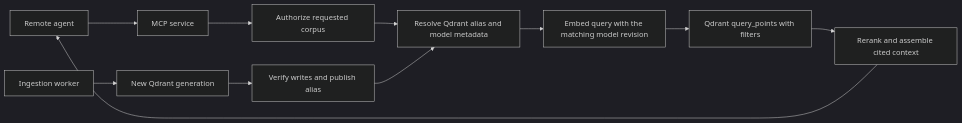
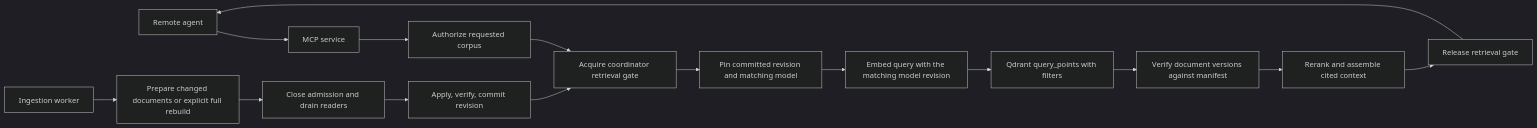
One commit to letong99/RAG-Prototype changed the diagram in docs/REMOTE_STORAGE.md. Above: the diagram before and after it, drawn with Mermaid (dark theme). The commit also changed other lines of this file and 33 other files, not shown here.

````diff
--- a/docs/REMOTE_STORAGE.md
+++ b/docs/REMOTE_STORAGE.md
@@ -57,13 +61,17 @@
 ```mermaid
 flowchart LR
     A[Remote agent] --> B[MCP service]
     B --> C[Authorize requested corpus]
-    C --> D[Resolve Qdrant alias and model metadata]
+    C --> W[Acquire coordinator retrieval gate]
+    W --> D[Pin committed revision and matching model]
     D --> E[Embed query with the matching model revision]
     E --> F[Qdrant query_points with filters]
-    F --> G[Rerank and assemble cited context]
-    G --> A
-    H[Ingestion worker] --> I[New Qdrant generation]
-    I --> J[Verify writes and publish alias]
-    J --> D
+    F --> V[Verify document versions against manifest]
+    V --> G[Rerank and assemble cited context]
+    G --> X[Release retrieval gate]
+    X --> A
+    H[Ingestion worker] --> I[Prepare changed documents or explicit full rebuild]
+    I --> J[Close admission and drain readers]
+    J --> K[Apply, verify, commit revision]
+    K --> W
 ```
````
